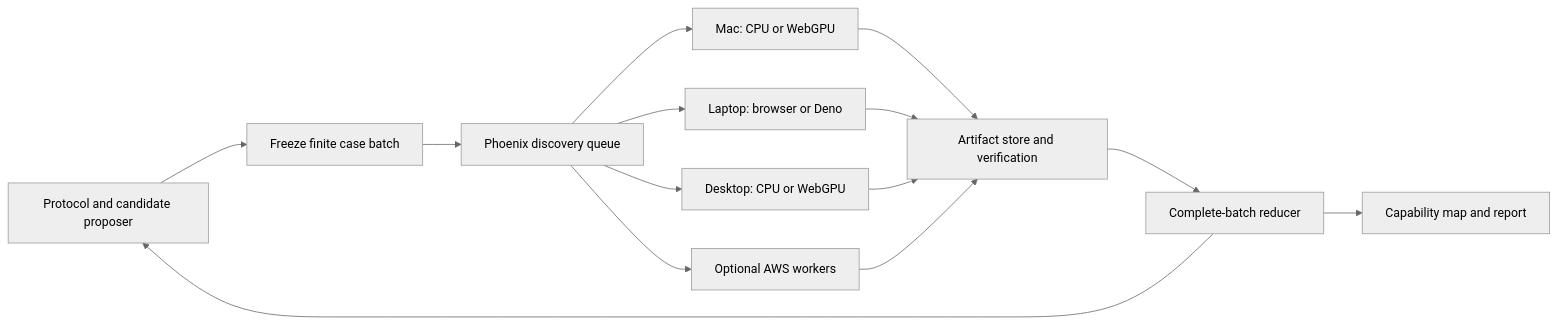
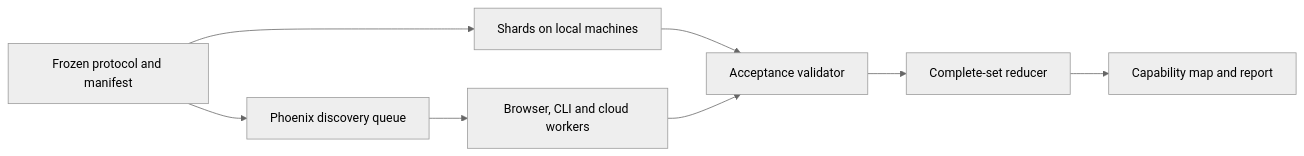
The diagram in docs/evolvability-discovery-2026-10-04/DESIGN.md (treetopdevs/browser-life), drawn with Mermaid (neutral theme) before and after one commit. The commit also changed other lines of this file and 10 other files, not shown here.

````diff
--- a/docs/evolvability-discovery-2026-10-04/DESIGN.md
+++ b/docs/evolvability-discovery-2026-10-04/DESIGN.md
@@ -7,16 +7,10 @@
 ```mermaid
 flowchart LR
-    P[Protocol and candidate proposer] --> F[Freeze finite case batch]
-    F --> Q[Phoenix discovery queue]
-    Q --> M[Mac: CPU or WebGPU]
-    Q --> L[Laptop: browser or Deno]
-    Q --> D[Desktop: CPU or WebGPU]
-    Q --> A[Optional AWS workers]
-    M --> R[Artifact store and verification]
-    L --> R
-    D --> R
-    A --> R
-    R --> C[Complete-batch reducer]
-    C --> V[Capability map and report]
-    C --> P
+    P[Frozen protocol and manifest] --> S[Shards on local machines]
+    S --> V[Acceptance validator]
+    V --> C[Complete-set reducer]
+    C --> M[Capability map and report]
+    P --> Q[Phoenix discovery queue]
+    Q --> W[Browser, CLI and cloud workers]
+    W --> V
 ```
````
